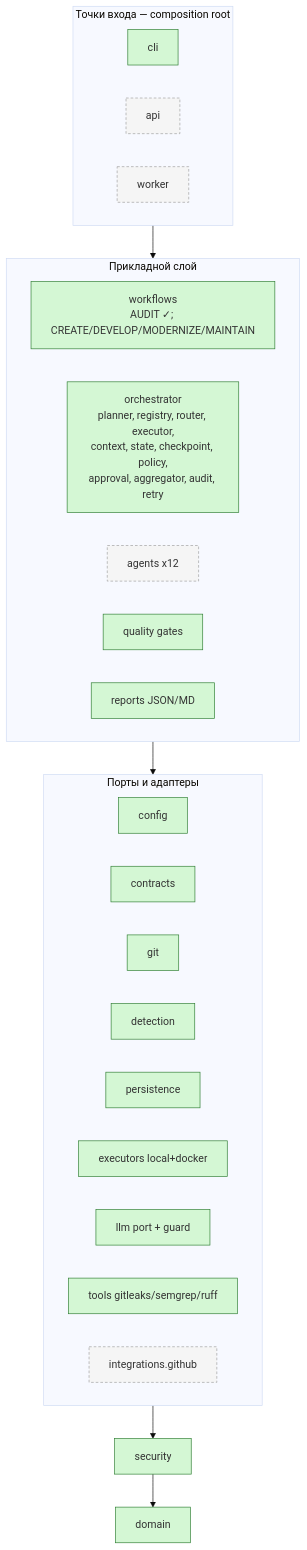
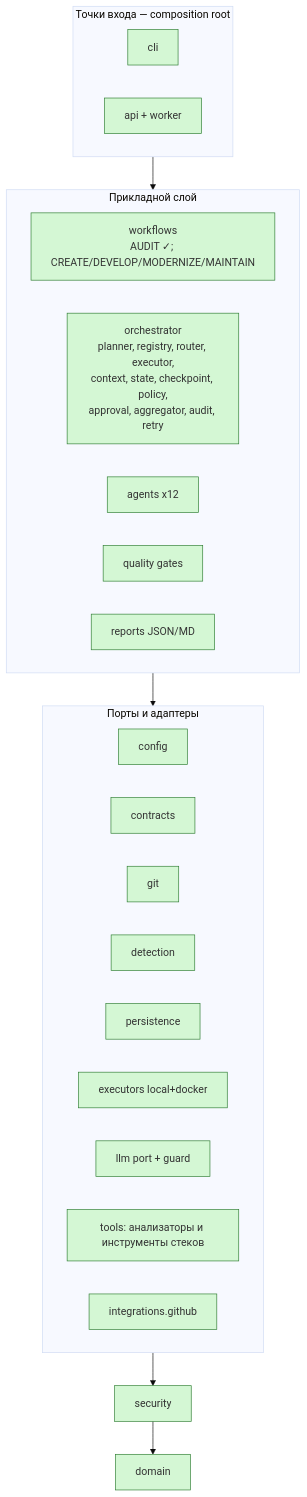
The second of 5 diagrams in docs/architecture/overview.md (aitmaganbetov/ai-coding-platform), drawn with Mermaid (base theme) before and after one commit. The commit also changed other lines of this file and 12 other files, not shown here.

First line of the commit message:
S8 docs: server guide, ADR-0030/0031, CLI reference, backlog and architecture status

````diff
--- a/docs/architecture/overview.md
+++ b/docs/architecture/overview.md
@@ -47,32 +47,31 @@
 ```mermaid
 flowchart TB
     subgraph Entry[Точки входа — composition root]
         cli[cli]:::done
-        api[api]:::todo
-        worker[worker]:::todo
+        api[api + worker]:::done
     end
     subgraph App[Прикладной слой]
         workflows[workflows<br/>AUDIT ✓; CREATE/DEVELOP/MODERNIZE/MAINTAIN]:::done
         orchestrator[orchestrator<br/>planner, registry, router, executor,<br/>context, state, checkpoint, policy,<br/>approval, aggregator, audit, retry]:::done
-        agents[agents x12]:::todo
+        agents[agents x12]:::done
         quality[quality gates]:::done
         reports[reports JSON/MD]:::done
     end
     subgraph Ports[Порты и адаптеры]
         config[config]:::done
         contracts[contracts]:::done
         git[git]:::done
         detection[detection]:::done
         persistence[persistence]:::done
         executors[executors local+docker]:::done
         llm[llm port + guard]:::done
-        tools[tools gitleaks/semgrep/ruff]:::done
-        github[integrations.github]:::todo
+        tools[tools: анализаторы и инструменты стеков]:::done
+        github[integrations.github]:::done
     end
     security[security]:::done
     domain[domain]:::done
 
     Entry --> App --> Ports --> security --> domain
     classDef done fill:#d4f7d4,stroke:#2e7d32;
     classDef todo fill:#f5f5f5,stroke:#9e9e9e,stroke-dasharray: 4 3;
 ```
````
